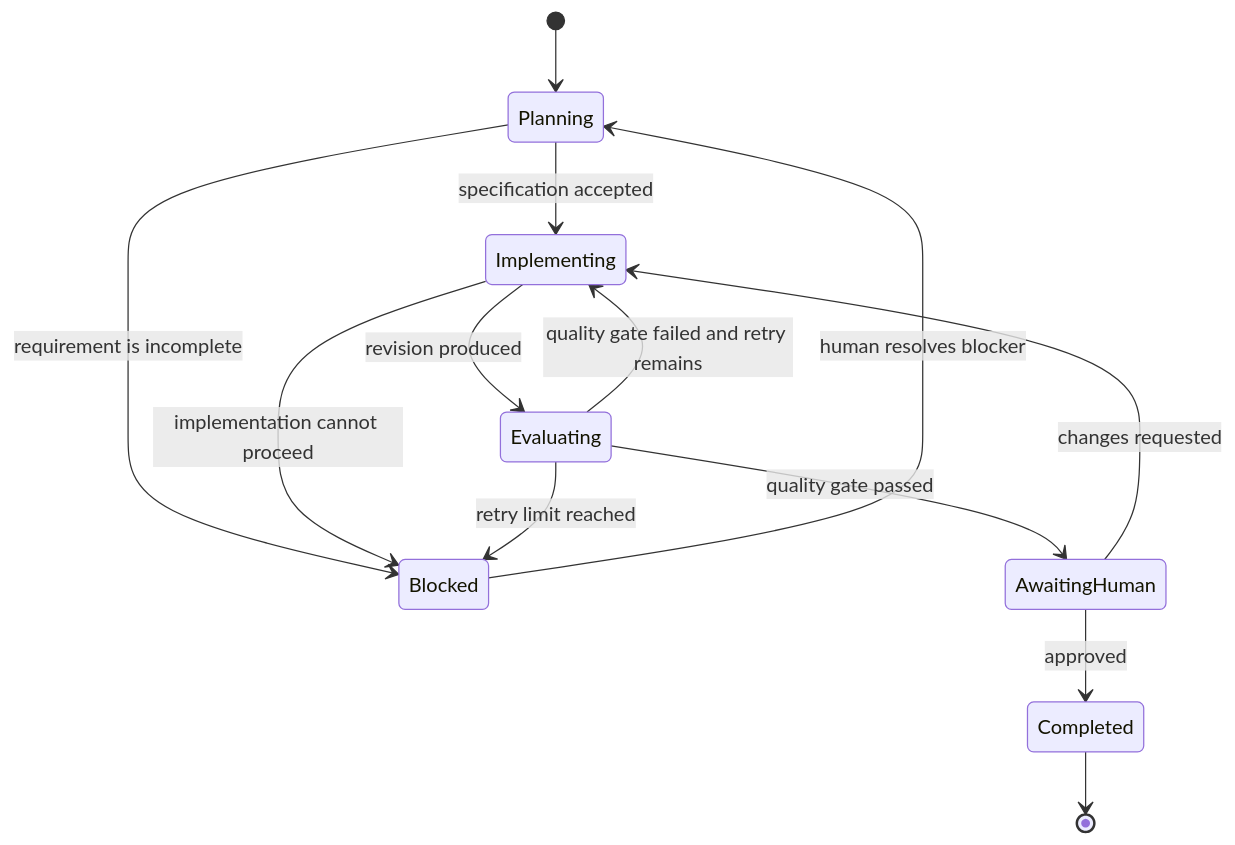
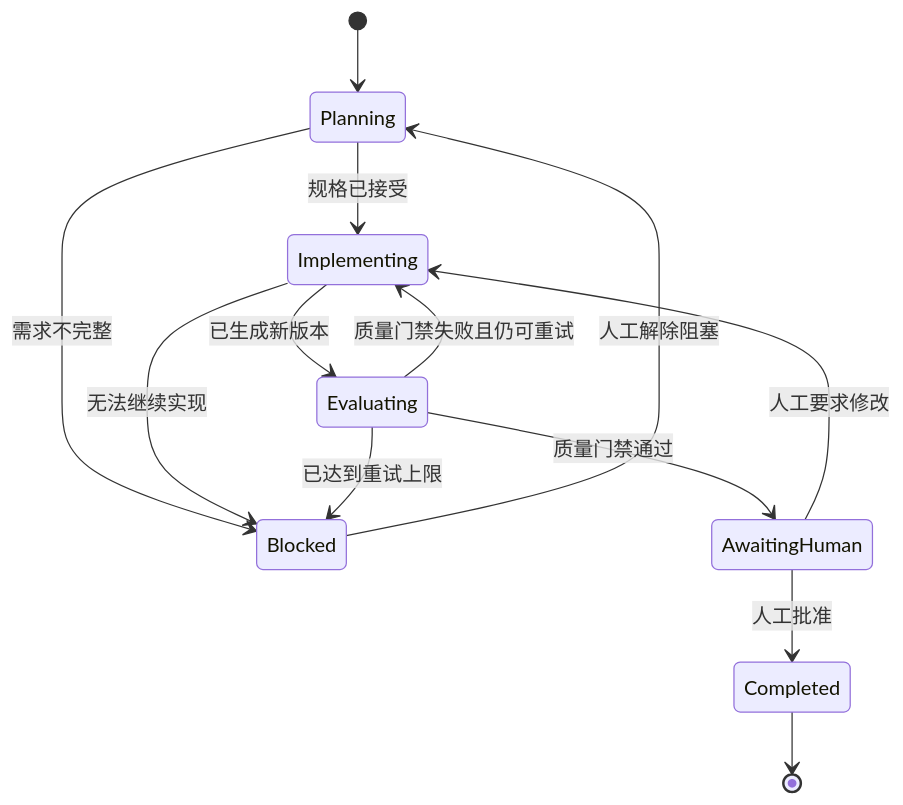
One commit to Hwak110/mrg changed the second of 2 diagrams in ARCHITECTURE.md. Above: the diagram before and after it, drawn with Mermaid. The commit also changed other lines of this file and 3 other files, not shown here.

````diff
--- a/ARCHITECTURE.md
+++ b/ARCHITECTURE.md
@@ -24,15 +24,15 @@
 ```mermaid
 stateDiagram-v2
     [*] --> Planning
-    Planning --> Implementing: specification accepted
-    Planning --> Blocked: requirement is incomplete
-    Implementing --> Evaluating: revision produced
-    Implementing --> Blocked: implementation cannot proceed
-    Evaluating --> Implementing: quality gate failed and retry remains
-    Evaluating --> AwaitingHuman: quality gate passed
-    Evaluating --> Blocked: retry limit reached
-    AwaitingHuman --> Implementing: changes requested
-    AwaitingHuman --> Completed: approved
-    Blocked --> Planning: human resolves blocker
+    Planning --> Implementing: 规格已接受
+    Planning --> Blocked: 需求不完整
+    Implementing --> Evaluating: 已生成新版本
+    Implementing --> Blocked: 无法继续实现
+    Evaluating --> Implementing: 质量门禁失败且仍可重试
+    Evaluating --> AwaitingHuman: 质量门禁通过
+    Evaluating --> Blocked: 已达到重试上限
+    AwaitingHuman --> Implementing: 人工要求修改
+    AwaitingHuman --> Completed: 人工批准
+    Blocked --> Planning: 人工解除阻塞
     Completed --> [*]
 ```
````
